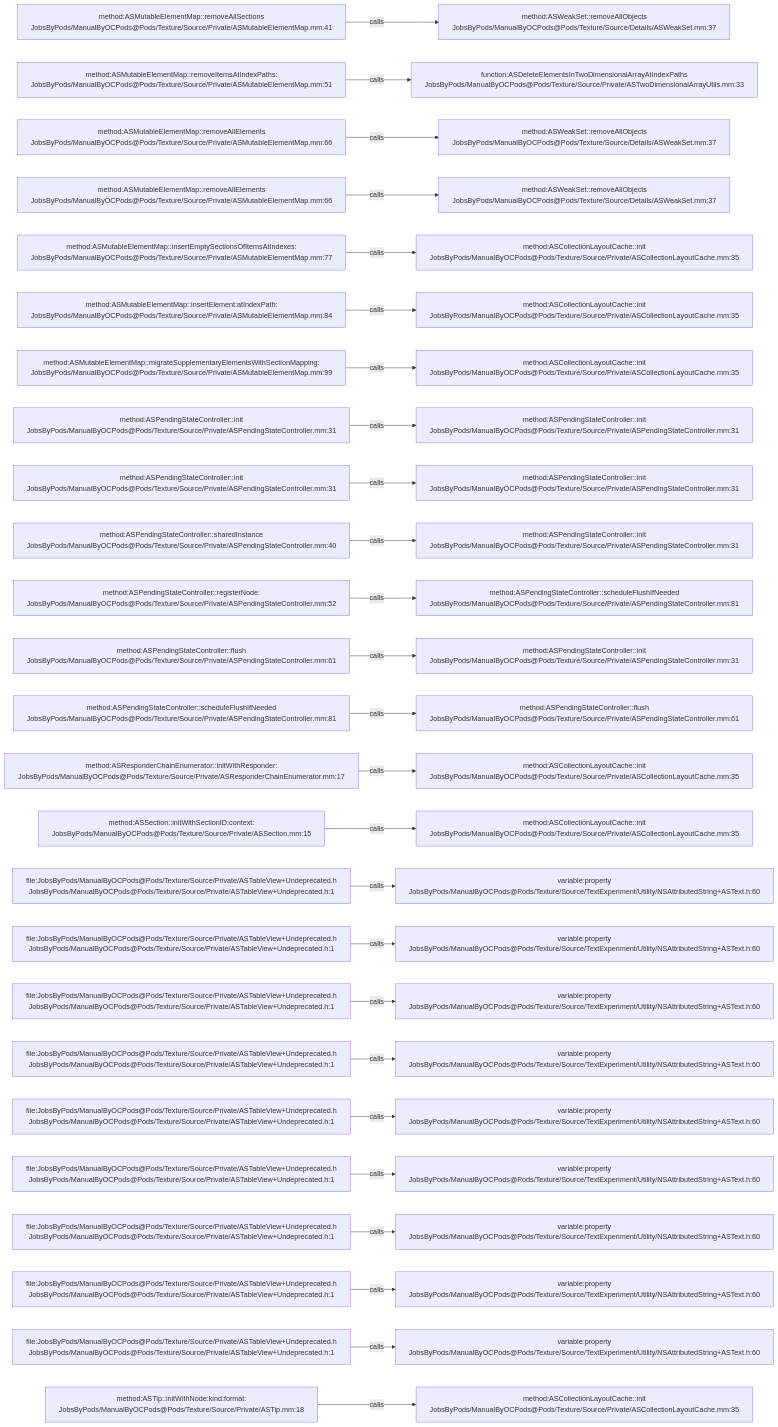
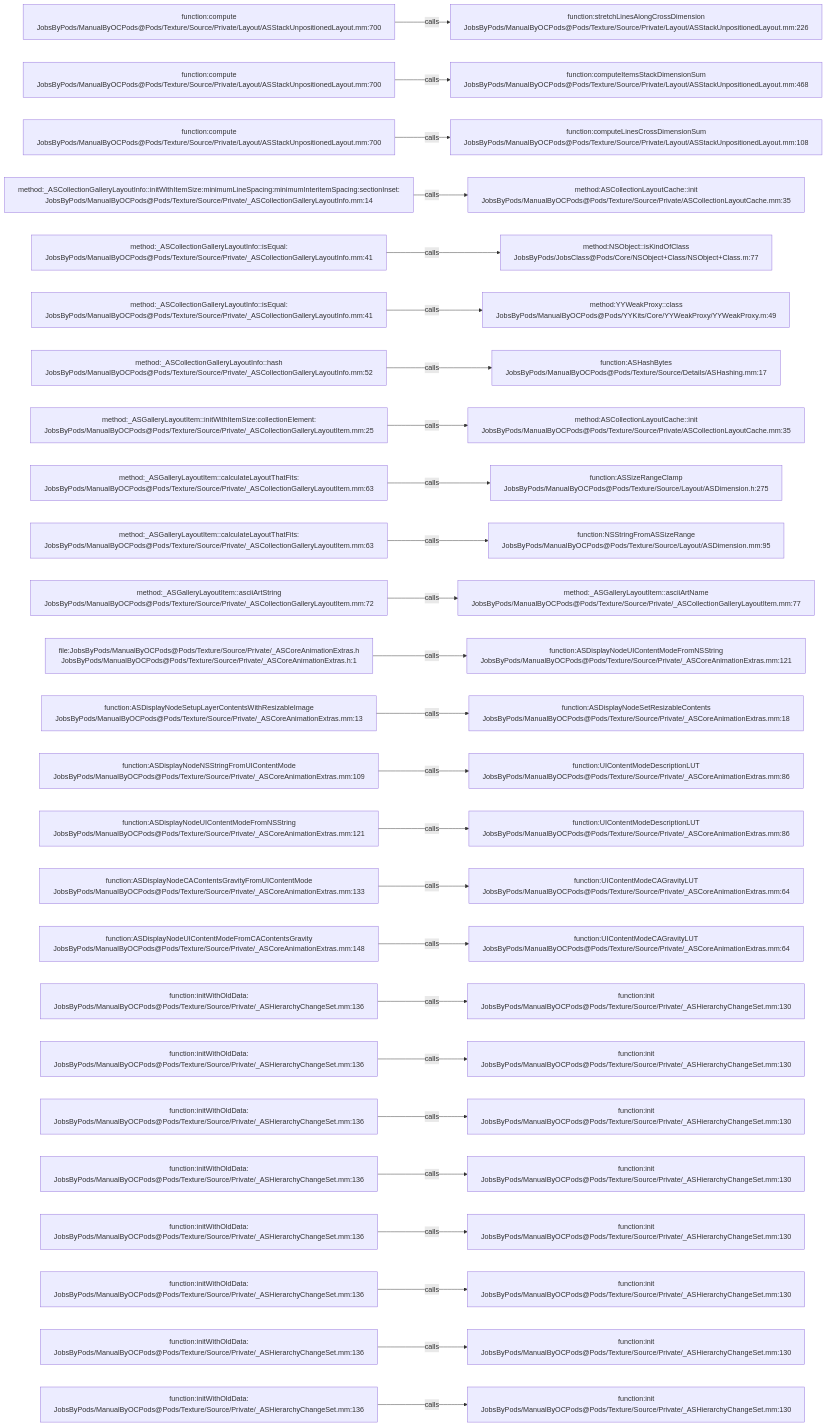
The diagram in .codegraph/codegraph.md/graphs/calls-189.md (JobsKits/JobsOCBaseConfigDemo), drawn with Mermaid before and after one commit. The commit also changed 1448 other files, not shown here.

````diff
--- a/.codegraph/codegraph.md/graphs/calls-189.md
+++ b/.codegraph/codegraph.md/graphs/calls-189.md
@@ -13,78 +13,78 @@
 ```mermaid
 flowchart LR
-  S1["method:ASMutableElementMap::removeAllSections<br/>JobsByPods/ManualByOCPods@Pods/Texture/Source/Private/ASMutableElementMap.mm:41"]
-  T1["method:ASWeakSet::removeAllObjects<br/>JobsByPods/ManualByOCPods@Pods/Texture/Source/Details/ASWeakSet.mm:37"]
+  S1["function:compute<br/>JobsByPods/ManualByOCPods@Pods/Texture/Source/Private/Layout/ASStackUnpositionedLayout.mm:700"]
+  T1["function:stretchLinesAlongCrossDimension<br/>JobsByPods/ManualByOCPods@Pods/Texture/Source/Private/Layout/ASStackUnpositionedLayout.mm:226"]
   S1 -->|calls| T1
-  S2["method:ASMutableElementMap::removeItemsAtIndexPaths:<br/>JobsByPods/ManualByOCPods@Pods/Texture/Source/Private/ASMutableElementMap.mm:51"]
-  T2["function:ASDeleteElementsInTwoDimensionalArrayAtIndexPaths<br/>JobsByPods/ManualByOCPods@Pods/Texture/Source/Private/ASTwoDimensionalArrayUtils.mm:33"]
+  S2["function:compute<br/>JobsByPods/ManualByOCPods@Pods/Texture/Source/Private/Layout/ASStackUnpositionedLayout.mm:700"]
+  T2["function:computeItemsStackDimensionSum<br/>JobsByPods/ManualByOCPods@Pods/Texture/Source/Private/Layout/ASStackUnpositionedLayout.mm:468"]
   S2 -->|calls| T2
-  S3["method:ASMutableElementMap::removeAllElements<br/>JobsByPods/ManualByOCPods@Pods/Texture/Source/Private/ASMutableElementMap.mm:66"]
-  T3["method:ASWeakSet::removeAllObjects<br/>JobsByPods/ManualByOCPods@Pods/Texture/Source/Details/ASWeakSet.mm:37"]
+  S3["function:compute<br/>JobsByPods/ManualByOCPods@Pods/Texture/Source/Private/Layout/ASStackUnpositionedLayout.mm:700"]
+  T3["function:computeLinesCrossDimensionSum<br/>JobsByPods/ManualByOCPods@Pods/Texture/Source/Private/Layout/ASStackUnpositionedLayout.mm:108"]
   S3 -->|calls| T3
-  S4["method:ASMutableElementMap::removeAllElements<br/>JobsByPods/ManualByOCPods@Pods/Texture/Source/Private/ASMutableElementMap.mm:66"]
-  T4["method:ASWeakSet::removeAllObjects<br/>JobsByPods/ManualByOCPods@Pods/Texture/Source/Details/ASWeakSet.mm:37"]
+  S4["method:_ASCollectionGalleryLayoutInfo::initWithItemSize:minimumLineSpacing:minimumInteritemSpacing:sectionInset:<br/>JobsByPods/ManualByOCPods@Pods/Texture/Source/Private/_ASCollectionGalleryLayoutInfo.mm:14"]
+  T4["method:ASCollectionLayoutCache::init<br/>JobsByPods/ManualByOCPods@Pods/Texture/Source/Private/ASCollectionLayoutCache.mm:35"]
   S4 -->|calls| T4
-  S5["method:ASMutableElementMap::insertEmptySectionsOfItemsAtIndexes:<br/>JobsByPods/ManualByOCPods@Pods/Texture/Source/Private/ASMutableElementMap.mm:77"]
-  T5["method:ASCollectionLayoutCache::init<br/>JobsByPods/ManualByOCPods@Pods/Texture/Source/Private/ASCollectionLayoutCache.mm:35"]
+  S5["method:_ASCollectionGalleryLayoutInfo::isEqual:<br/>JobsByPods/ManualByOCPods@Pods/Texture/Source/Private/_ASCollectionGalleryLayoutInfo.mm:41"]
+  T5["method:NSObject::isKindOfClass<br/>JobsByPods/JobsClass@Pods/Core/NSObject+Class/NSObject+Class.m:77"]
   S5 -->|calls| T5
-  S6["method:ASMutableElementMap::insertElement:atIndexPath:<br/>JobsByPods/ManualByOCPods@Pods/Texture/Source/Private/ASMutableElementMap.mm:84"]
-  T6["method:ASCollectionLayoutCache::init<br/>JobsByPods/ManualByOCPods@Pods/Texture/Source/Private/ASCollectionLayoutCache.mm:35"]
+  S6["method:_ASCollectionGalleryLayoutInfo::isEqual:<br/>JobsByPods/ManualByOCPods@Pods/Texture/Source/Private/_ASCollectionGalleryLayoutInfo.mm:41"]
+  T6["method:YYWeakProxy::class<br/>JobsByPods/ManualByOCPods@Pods/YYKits/Core/YYWeakProxy/YYWeakProxy.m:49"]
   S6 -->|calls| T6
-  S7["method:ASMutableElementMap::migrateSupplementaryElementsWithSectionMapping:<br/>JobsByPods/ManualByOCPods@Pods/Texture/Source/Private/ASMutableElementMap.mm:99"]
-  T7["method:ASCollectionLayoutCache::init<br/>JobsByPods/ManualByOCPods@Pods/Texture/Source/Private/ASCollectionLayoutCache.mm:35"]
+  S7["method:_ASCollectionGalleryLayoutInfo::hash<br/>JobsByPods/ManualByOCPods@Pods/Texture/Source/Private/_ASCollectionGalleryLayoutInfo.mm:52"]
+  T7["function:ASHashBytes<br/>JobsByPods/ManualByOCPods@Pods/Texture/Source/Details/ASHashing.mm:17"]
   S7 -->|calls| T7
-  S8["method:ASPendingStateController::init<br/>JobsByPods/ManualByOCPods@Pods/Texture/Source/Private/ASPendingStateController.mm:31"]
-  T8["method:ASPendingStateController::init<br/>JobsByPods/ManualByOCPods@Pods/Texture/Source/Private/ASPendingStateController.mm:31"]
+  S8["method:_ASGalleryLayoutItem::initWithItemSize:collectionElement:<br/>JobsByPods/ManualByOCPods@Pods/Texture/Source/Private/_ASCollectionGalleryLayoutItem.mm:25"]
+  T8["method:ASCollectionLayoutCache::init<br/>JobsByPods/ManualByOCPods@Pods/Texture/Source/Private/ASCollectionLayoutCache.mm:35"]
   S8 -->|calls| T8
-  S9["method:ASPendingStateController::init<br/>JobsByPods/ManualByOCPods@Pods/Texture/Source/Private/ASPendingStateController.mm:31"]
-  T9["method:ASPendingStateController::init<br/>JobsByPods/ManualByOCPods@Pods/Texture/Source/Private/ASPendingStateController.mm:31"]
+  S9["method:_ASGalleryLayoutItem::calculateLayoutThatFits:<br/>JobsByPods/ManualByOCPods@Pods/Texture/Source/Private/_ASCollectionGalleryLayoutItem.mm:63"]
+  T9["function:ASSizeRangeClamp<br/>JobsByPods/ManualByOCPods@Pods/Texture/Source/Layout/ASDimension.h:275"]
   S9 -->|calls| T9
-  S10["method:ASPendingStateController::sharedInstance<br/>JobsByPods/ManualByOCPods@Pods/Texture/Source/Private/ASPendingStateController.mm:40"]
-  T10["method:ASPendingStateController::init<br/>JobsByPods/ManualByOCPods@Pods/Texture/Source/Private/ASPendingStateController.mm:31"]
+  S10["method:_ASGalleryLayoutItem::calculateLayoutThatFits:<br/>JobsByPods/ManualByOCPods@Pods/Texture/Source/Private/_ASCollectionGalleryLayoutItem.mm:63"]
+  T10["function:NSStringFromASSizeRange<br/>JobsByPods/ManualByOCPods@Pods/Texture/Source/Layout/ASDimension.mm:95"]
   S10 -->|calls| T10
-  S11["method:ASPendingStateController::registerNode:<br/>JobsByPods/ManualByOCPods@Pods/Texture/Source/Private/ASPendingStateController.mm:52"]
-  T11["method:ASPendingStateController::scheduleFlushIfNeeded<br/>JobsByPods/ManualByOCPods@Pods/Texture/Source/Private/ASPendingStateController.mm:81"]
+  S11["method:_ASGalleryLayoutItem::asciiArtString<br/>JobsByPods/ManualByOCPods@Pods/Texture/Source/Private/_ASCollectionGalleryLayoutItem.mm:72"]
+  T11["method:_ASGalleryLayoutItem::asciiArtName<br/>JobsByPods/ManualByOCPods@Pods/Texture/Source/Private/_ASCollectionGalleryLayoutItem.mm:77"]
   S11 -->|calls| T11
-  S12["method:ASPendingStateController::flush<br/>JobsByPods/ManualByOCPods@Pods/Texture/Source/Private/ASPendingStateController.mm:61"]
-  T12["method:ASPendingStateController::init<br/>JobsByPods/ManualByOCPods@Pods/Texture/Source/Private/ASPendingStateController.mm:31"]
+  S12["file:JobsByPods/ManualByOCPods@Pods/Texture/Source/Private/_ASCoreAnimationExtras.h<br/>JobsByPods/ManualByOCPods@Pods/Texture/Source/Private/_ASCoreAnimationExtras.h:1"]
+  T12["function:ASDisplayNodeUIContentModeFromNSString<br/>JobsByPods/ManualByOCPods@Pods/Texture/Source/Private/_ASCoreAnimationExtras.mm:121"]
   S12 -->|calls| T12
-  S13["method:ASPendingStateController::scheduleFlushIfNeeded<br/>JobsByPods/ManualByOCPods@Pods/Texture/Source/Private/ASPendingStateController.mm:81"]
-  T13["method:ASPendingStateController::flush<br/>JobsByPods/ManualByOCPods@Pods/Texture/Source/Private/ASPendingStateController.mm:61"]
+  S13["function:ASDisplayNodeSetupLayerContentsWithResizableImage<br/>JobsByPods/ManualByOCPods@Pods/Texture/Source/Private/_ASCoreAnimationExtras.mm:13"]
+  T13["function:ASDisplayNodeSetResizableContents<br/>JobsByPods/ManualByOCPods@Pods/Texture/Source/Private/_ASCoreAnimationExtras.mm:18"]
   S13 -->|calls| T13
-  S14["method:ASResponderChainEnumerator::initWithResponder:<br/>JobsByPods/ManualByOCPods@Pods/Texture/Source/Private/ASResponderChainEnumerator.mm:17"]
-  T14["method:ASCollectionLayoutCache::init<br/>JobsByPods/ManualByOCPods@Pods/Texture/Source/Private/ASCollectionLayoutCache.mm:35"]
+  S14["function:ASDisplayNodeNSStringFromUIContentMode<br/>JobsByPods/ManualByOCPods@Pods/Texture/Source/Private/_ASCoreAnimationExtras.mm:109"]
+  T14["function:UIContentModeDescriptionLUT<br/>JobsByPods/ManualByOCPods@Pods/Texture/Source/Private/_ASCoreAnimationExtras.mm:86"]
   S14 -->|calls| T14
-  S15["method:ASSection::initWithSectionID:context:<br/>JobsByPods/ManualByOCPods@Pods/Texture/Source/Private/ASSection.mm:15"]
-  T15["method:ASCollectionLayoutCache::init<br/>JobsByPods/ManualByOCPods@Pods/Texture/Source/Private/ASCollectionLayoutCache.mm:35"]
+  S15["function:ASDisplayNodeUIContentModeFromNSString<br/>JobsByPods/ManualByOCPods@Pods/Texture/Source/Private/_ASCoreAnimationExtras.mm:121"]
+  T15["function:UIContentModeDescriptionLUT<br/>JobsByPods/ManualByOCPods@Pods/Texture/Source/Private/_ASCoreAnimationExtras.mm:86"]
   S15 -->|calls| T15
-  S16["file:JobsByPods/ManualByOCPods@Pods/Texture/Source/Private/ASTableView+Undeprecated.h<br/>JobsByPods/ManualByOCPods@Pods/Texture/Source/Private/ASTableView+Undeprecated.h:1"]
-  T16["variable:property<br/>JobsByPods/ManualByOCPods@Pods/Texture/Source/TextExperiment/Utility/NSAttributedString+ASText.h:60"]
+  S16["function:ASDisplayNodeCAContentsGravityFromUIContentMode<br/>JobsByPods/ManualByOCPods@Pods/Texture/Source/Private/_ASCoreAnimationExtras.mm:133"]
+  T16["function:UIContentModeCAGravityLUT<br/>JobsByPods/ManualByOCPods@Pods/Texture/Source/Private/_ASCoreAnimationExtras.mm:64"]
   S16 -->|calls| T16
-  S17["file:JobsByPods/ManualByOCPods@Pods/Texture/Source/Private/ASTableView+Undeprecated.h<br/>JobsByPods/ManualByOCPods@Pods/Texture/Source/Private/ASTableView+Undeprecated.h:1"]
-  T17["variable:property<br/>JobsByPods/ManualByOCPods@Pods/Texture/Source/TextExperiment/Utility/NSAttributedString+ASText.h:60"]
+  S17["function:ASDisplayNodeUIContentModeFromCAContentsGravity<br/>JobsByPods/ManualByOCPods@Pods/Texture/Source/Private/_ASCoreAnimationExtras.mm:148"]
+  T17["function:UIContentModeCAGravityLUT<br/>JobsByPods/ManualByOCPods@Pods/Texture/Source/Private/_ASCoreAnimationExtras.mm:64"]
   S17 -->|calls| T17
-  S18["file:JobsByPods/ManualByOCPods@Pods/Texture/Source/Private/ASTableView+Undeprecated.h<br/>JobsByPods/ManualByOCPods@Pods/Texture/Source/Private/ASTableView+Undeprecated.h:1"]
-  T18["variable:property<br/>JobsByPods/ManualByOCPods@Pods/Texture/Source/TextExperiment/Utility/NSAttributedString+ASText.h:60"]
+  S18["function:initWithOldData:<br/>JobsByPods/ManualByOCPods@Pods/Texture/Source/Private/_ASHierarchyChangeSet.mm:136"]
+  T18["function:init<br/>JobsByPods/ManualByOCPods@Pods/Texture/Source/Private/_ASHierarchyChangeSet.mm:130"]
   S18 -->|calls| T18
-  S19["file:JobsByPods/ManualByOCPods@Pods/Texture/Source/Private/ASTableView+Undeprecated.h<br/>JobsByPods/ManualByOCPods@Pods/Texture/Source/Private/ASTableView+Undeprecated.h:1"]
-  T19["variable:property<br/>JobsByPods/ManualByOCPods@Pods/Texture/Source/TextExperiment/Utility/NSAttributedString+ASText.h:60"]
+  S19["function:initWithOldData:<br/>JobsByPods/ManualByOCPods@Pods/Texture/Source/Private/_ASHierarchyChangeSet.mm:136"]
+  T19["function:init<br/>JobsByPods/ManualByOCPods@Pods/Texture/Source/Private/_ASHierarchyChangeSet.mm:130"]
   S19 -->|calls| T19
-  S20["file:JobsByPods/ManualByOCPods@Pods/Texture/Source/Private/ASTableView+Undeprecated.h<br/>JobsByPods/ManualByOCPods@Pods/Texture/Source/Private/ASTableView+Undeprecated.h:1"]
-  T20["variable:property<br/>JobsByPods/ManualByOCPods@Pods/Texture/Source/TextExperiment/Utility/NSAttributedString+ASText.h:60"]
+  S20["function:initWithOldData:<br/>JobsByPods/ManualByOCPods@Pods/Texture/Source/Private/_ASHierarchyChangeSet.mm:136"]
+  T20["function:init<br/>JobsByPods/ManualByOCPods@Pods/Texture/Source/Private/_ASHierarchyChangeSet.mm:130"]
   S20 -->|calls| T20
-  S21["file:JobsByPods/ManualByOCPods@Pods/Texture/Source/Private/ASTableView+Undeprecated.h<br/>JobsByPods/ManualByOCPods@Pods/Texture/Source/Private/ASTableView+Undeprecated.h:1"]
-  T21["variable:property<br/>JobsByPods/ManualByOCPods@Pods/Texture/Source/TextExperiment/Utility/NSAttributedString+ASText.h:60"]
+  S21["function:initWithOldData:<br/>JobsByPods/ManualByOCPods@Pods/Texture/Source/Private/_ASHierarchyChangeSet.mm:136"]
+  T21["function:init<br/>JobsByPods/ManualByOCPods@Pods/Texture/Source/Private/_ASHierarchyChangeSet.mm:130"]
   S21 -->|calls| T21
-  S22["file:JobsByPods/ManualByOCPods@Pods/Texture/Source/Private/ASTableView+Undeprecated.h<br/>JobsByPods/ManualByOCPods@Pods/Texture/Source/Private/ASTableView+Undeprecated.h:1"]
-  T22["variable:property<br/>JobsByPods/ManualByOCPods@Pods/Texture/Source/TextExperiment/Utility/NSAttributedString+ASText.h:60"]
+  S22["function:initWithOldData:<br/>JobsByPods/ManualByOCPods@Pods/Texture/Source/Private/_ASHierarchyChangeSet.mm:136"]
+  T22["function:init<br/>JobsByPods/ManualByOCPods@Pods/Texture/Source/Private/_ASHierarchyChangeSet.mm:130"]
   S22 -->|calls| T22
-  S23["file:JobsByPods/ManualByOCPods@Pods/Texture/Source/Private/ASTableView+Undeprecated.h<br/>JobsByPods/ManualByOCPods@Pods/Texture/Source/Private/ASTableView+Undeprecated.h:1"]
-  T23["variable:property<br/>JobsByPods/ManualByOCPods@Pods/Texture/Source/TextExperiment/Utility/NSAttributedString+ASText.h:60"]
+  S23["function:initWithOldData:<br/>JobsByPods/ManualByOCPods@Pods/Texture/Source/Private/_ASHierarchyChangeSet.mm:136"]
+  T23["function:init<br/>JobsByPods/ManualByOCPods@Pods/Texture/Source/Private/_ASHierarchyChangeSet.mm:130"]
   S23 -->|calls| T23
-  S24["file:JobsByPods/ManualByOCPods@Pods/Texture/Source/Private/ASTableView+Undeprecated.h<br/>JobsByPods/ManualByOCPods@Pods/Texture/Source/Private/ASTableView+Undeprecated.h:1"]
-  T24["variable:property<br/>JobsByPods/ManualByOCPods@Pods/Texture/Source/TextExperiment/Utility/NSAttributedString+ASText.h:60"]
+  S24["function:initWithOldData:<br/>JobsByPods/ManualByOCPods@Pods/Texture/Source/Private/_ASHierarchyChangeSet.mm:136"]
+  T24["function:init<br/>JobsByPods/ManualByOCPods@Pods/Texture/Source/Private/_ASHierarchyChangeSet.mm:130"]
   S24 -->|calls| T24
-  S25["method:ASTip::initWithNode:kind:format:<br/>JobsByPods/ManualByOCPods@Pods/Texture/Source/Private/ASTip.mm:18"]
-  T25["method:ASCollectionLayoutCache::init<br/>JobsByPods/ManualByOCPods@Pods/Texture/Source/Private/ASCollectionLayoutCache.mm:35"]
+  S25["function:initWithOldData:<br/>JobsByPods/ManualByOCPods@Pods/Texture/Source/Private/_ASHierarchyChangeSet.mm:136"]
+  T25["function:init<br/>JobsByPods/ManualByOCPods@Pods/Texture/Source/Private/_ASHierarchyChangeSet.mm:130"]
   S25 -->|calls| T25
 ```
````
